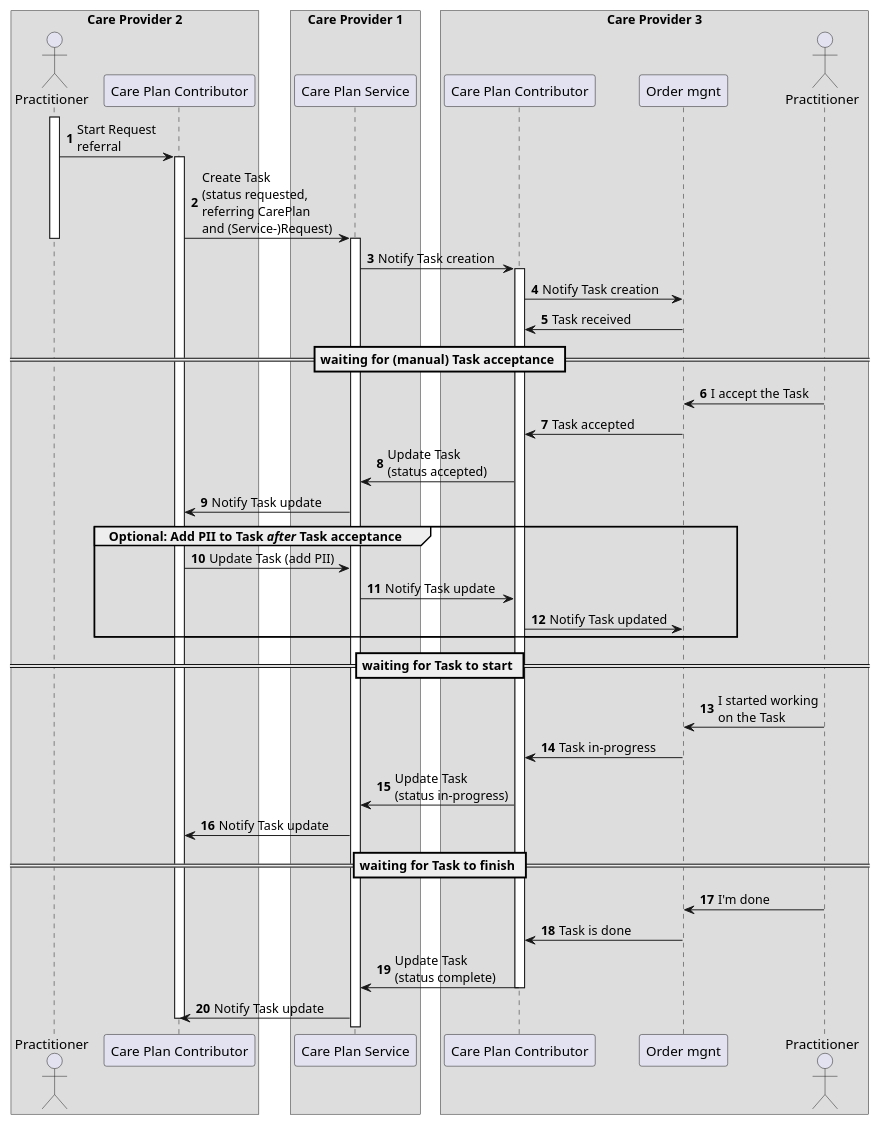
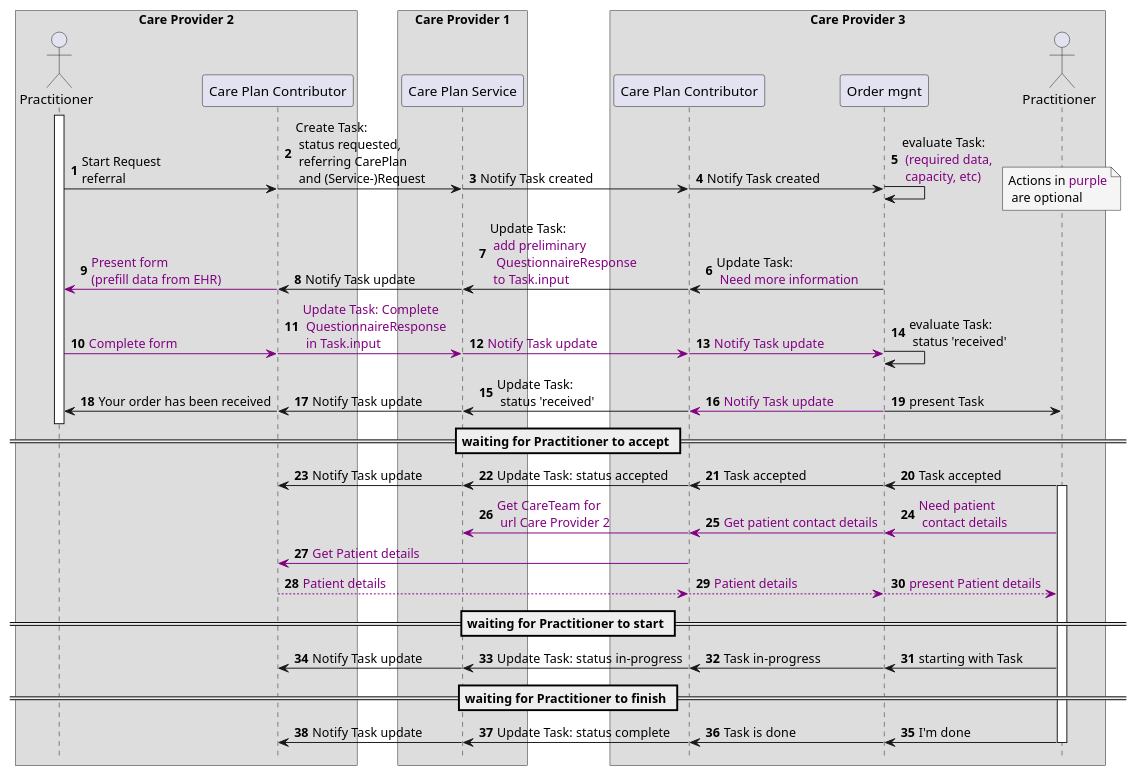
One commit to SanteonNL/shared-care-planning changed the diagram in input/images-source/task-negotiation-1-2-3-practitioner.plantuml. Above: the diagram before and after it, drawn with PlantUML.

```diff
--- a/input/images-source/task-negotiation-1-2-3-practitioner.plantuml
+++ b/input/images-source/task-negotiation-1-2-3-practitioner.plantuml
@@ -1,54 +1,82 @@
 @startuml task-negotiation-overview-1-2-3
 
 autonumber
+!pragma teoz true
 
 box Care Provider 2
     actor "Practitioner" as Practitioner1
     participant "Care Plan Contributor" as CPC1
 end box
 box Care Provider 1
     participant "Care Plan Service" as CPS
 end box
 
 box Care Provider 3
     participant "Care Plan Contributor" as CPC2
     participant "Order mgnt" as EHR2
     actor "Practitioner" as Practitioner2
 end box
-
+hide footbox
 
 
 activate Practitioner1
 Practitioner1 -> CPC1 : Start Request\nreferral
-activate CPC1
-CPC1 -> CPS : Create Task\n(status requested,\nreferring CarePlan\nand (Service-)Request)
+& CPC1 -> CPS : Create Task:\n status requested,\n referring CarePlan\n and (Service-)Request
+& CPS -> CPC2  : Notify Task created
+& CPC2 -> EHR2  : Notify Task created
+& EHR2 -> EHR2 : evaluate Task:\n <color #purple>(required data,\n <color #purple>capacity, etc)
+
+& note over Practitioner2 #WhiteSmoke
+Actions in <color #purple>purple
+ are optional
+end note
+
+EHR2 -> CPC2 : Update Task:\n <color #purple>Need more information
+& CPC2 -> CPS  : Update Task: \n <color #purple>add preliminary\n <color #purple> QuestionnaireResponse\n <color #purple>to Task.input
+& CPS -> CPC1 : Notify Task update
+& CPC1 -[#purple]> Practitioner1 : <color #purple>Present form\n<color #purple>(prefill data from EHR)
+
+Practitioner1 -[#purple]> CPC1 : <color #purple>Complete form
+& CPC1 -[#purple]> CPS : <color #purple>Update Task: Complete\n <color #purple>QuestionnaireResponse\n <color #purple>in Task.input
+& CPS -[#purple]> CPC2 : <color #purple>Notify Task update
+& CPC2 -[#purple]> EHR2 : <color #purple>Notify Task update
+
+& EHR2 -> EHR2 : evaluate Task:\n status 'received'
+
+CPC2 -> CPS : Update Task: \n status 'received'
+& EHR2 -[#purple]> CPC2 : <color #purple>Notify Task update
+& CPS -> CPC1 : Notify Task update
+& CPC1 -> Practitioner1 : Your order has been received
+& EHR2 -> Practitioner2 : present Task
+
 deactivate Practitioner1
-activate CPS
-CPS -> CPC2 : Notify Task creation
-activate CPC2
-CPC2 -> EHR2 : Notify Task creation
-EHR2 -> CPC2 : Task received
-== waiting for (manual) Task acceptance ==
-Practitioner2 -> EHR2 : I accept the Task
-EHR2 -> CPC2 : Task accepted
-CPC2 -> CPS : Update Task\n(status accepted)
-CPS -> CPC1 : Notify Task update
-group Optional: Add PII to Task //after// Task acceptance
-CPC1 -> CPS : Update Task (add PII)
-CPS -> CPC2 : Notify Task update
-CPC2 -> EHR2 : Notify Task updated
-end group
-== waiting for Task to start ==
-Practitioner2 -> EHR2 : I started working\non the Task
-EHR2 -> CPC2 : Task in-progress
-CPC2 -> CPS : Update Task\n(status in-progress)
-CPS -> CPC1 : Notify Task update
-== waiting for Task to finish ==
+
+== waiting for Practitioner to accept ==
+Practitioner2 -> EHR2 : Task accepted
+activate Practitioner2
+& EHR2 -> CPC2 : Task accepted
+& CPC2 -> CPS : Update Task: status accepted
+& CPS -> CPC1 : Notify Task update
+
+Practitioner2 -[#purple]> EHR2 : <color #purple>Need patient\n <color #purple>contact details
+
+& EHR2 -[#purple]> CPC2 : <color #purple>Get patient contact details
+& CPC2 -[#purple]> CPS : <color #purple>Get CareTeam for\n <color #purple>url Care Provider 2
+CPC2 -[#purple]> CPC1 : <color #purple>Get Patient details
+CPC1 -[#purple]-> CPC2 : <color #purple>Patient details
+
+& CPC2 -[#purple]-> EHR2 : <color #purple>Patient details
+
+& EHR2 -[#purple]-> Practitioner2 : <color #purple>present Patient details
+== waiting for Practitioner to start ==
+Practitioner2 -> EHR2 : starting with Task
+& EHR2 -> CPC2 : Task in-progress
+& CPC2 -> CPS : Update Task: status in-progress
+& CPS -> CPC1 : Notify Task update
+== waiting for Practitioner to finish ==
 Practitioner2 -> EHR2 : I'm done
-EHR2 -> CPC2 : Task is done
-CPC2 -> CPS : Update Task\n(status complete)
-deactivate CPC2
-CPS -> CPC1 : Notify Task update
-deactivate CPC1
-deactivate CPC1
+& EHR2 -> CPC2 : Task is done
+& CPC2 -> CPS : Update Task: status complete
+& CPS -> CPC1 : Notify Task update
+deactivate Practitioner2
 @enduml
```
